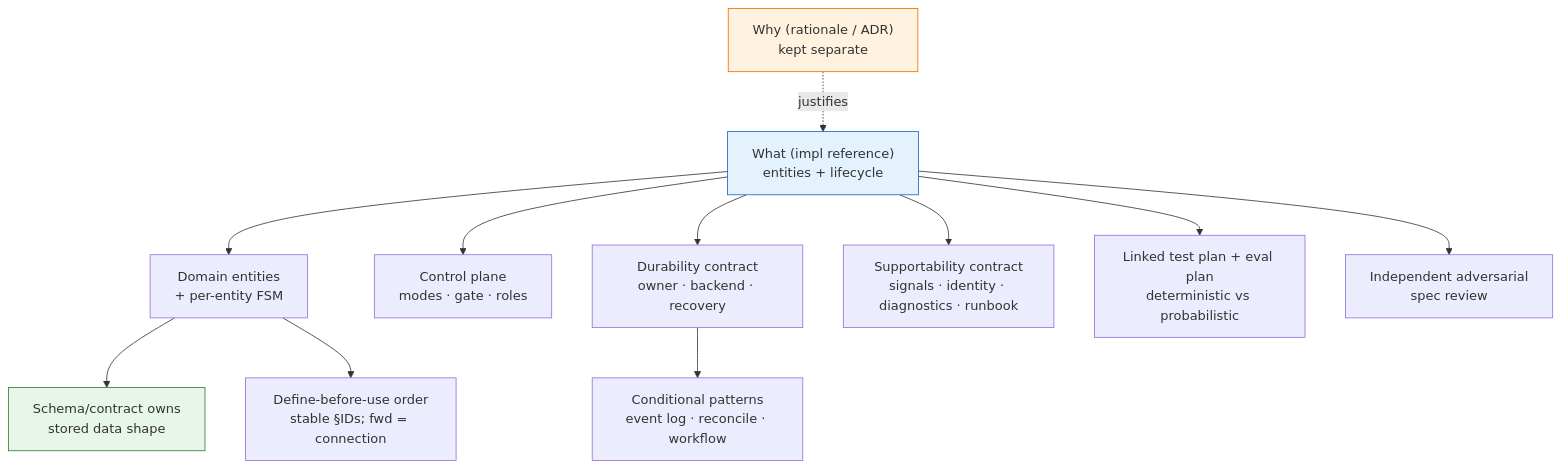
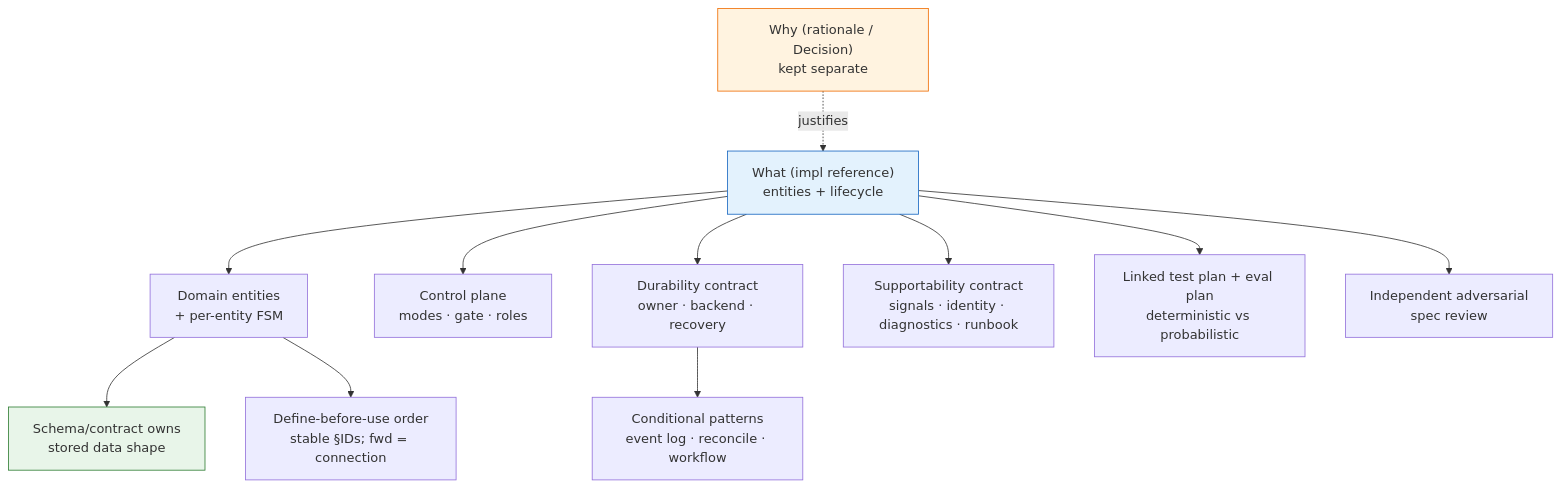
The diagram in methodology/01_Spec Authoring Patterns — Service Spec Conventions.md (anatoly-m-maslennikov/dset-specs-loops-framework), drawn with Mermaid before and after one commit. The commit also changed other lines of this file and 13 other files, not shown here.

Commit message:
docs(dset): finish live schema migration

````diff
--- a/methodology/01_Spec Authoring Patterns — Service Spec Conventions.md
+++ b/methodology/01_Spec Authoring Patterns — Service Spec Conventions.md
@@ -5,16 +5,16 @@
 ```mermaid
 graph TD
-    WHY["Why (rationale / ADR)<br/>kept separate"] -.justifies.-> WHAT
+    WHY["Why (rationale / Decision)<br/>kept separate"] -.justifies.-> WHAT
     WHAT["What (impl reference)<br/>entities + lifecycle"] --> ENT["Domain entities<br/>+ per-entity FSM"]
     ENT --> SCHEMA["Schema/contract owns<br/>stored data shape"]
     ENT --> ORDER["Define-before-use order<br/>stable §IDs; fwd = connection"]
     WHAT --> CTRL["Control plane<br/>modes · gate · roles"]
     WHAT --> DUR["Durability contract<br/>owner · backend · recovery"]
     DUR --> OPT["Conditional patterns<br/>event log · reconcile · workflow"]
     WHAT --> SUPPORT["Supportability contract<br/>signals · identity · diagnostics · runbook"]
     WHAT --> TEST["Linked test plan + eval plan<br/>deterministic vs probabilistic"]
     WHAT --> REVIEW["Independent adversarial<br/>spec review"]
     style WHAT fill:#e3f2fd,stroke:#1565c0
     style WHY fill:#fff3e0,stroke:#ef6c00
     style SCHEMA fill:#e8f5e9,stroke:#2e7d32
 ```
````
